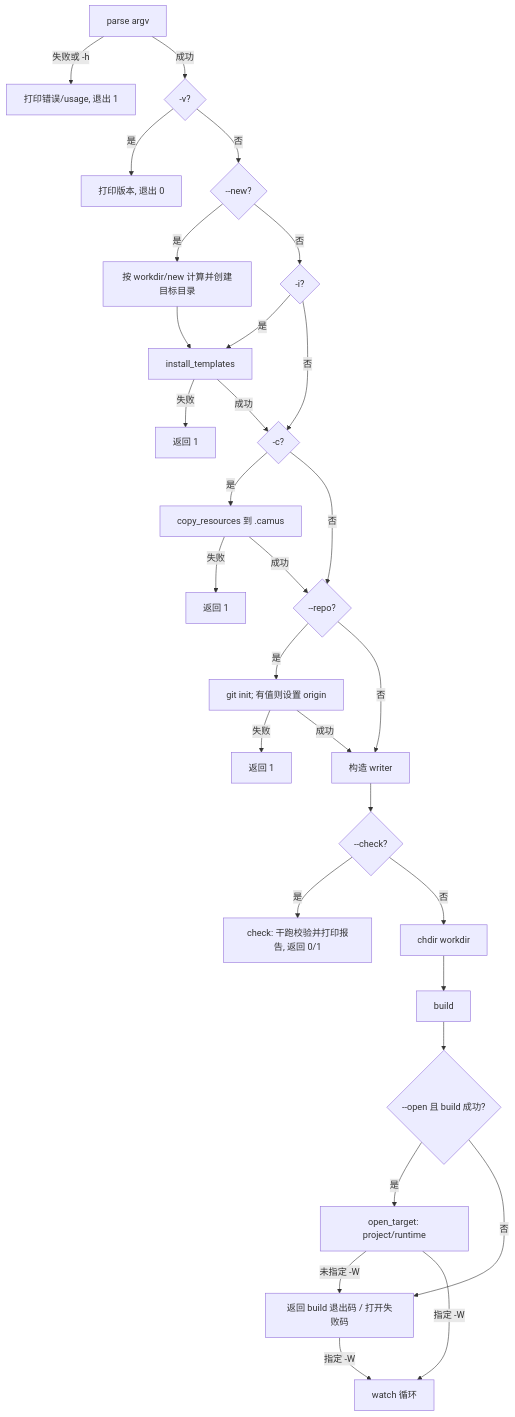
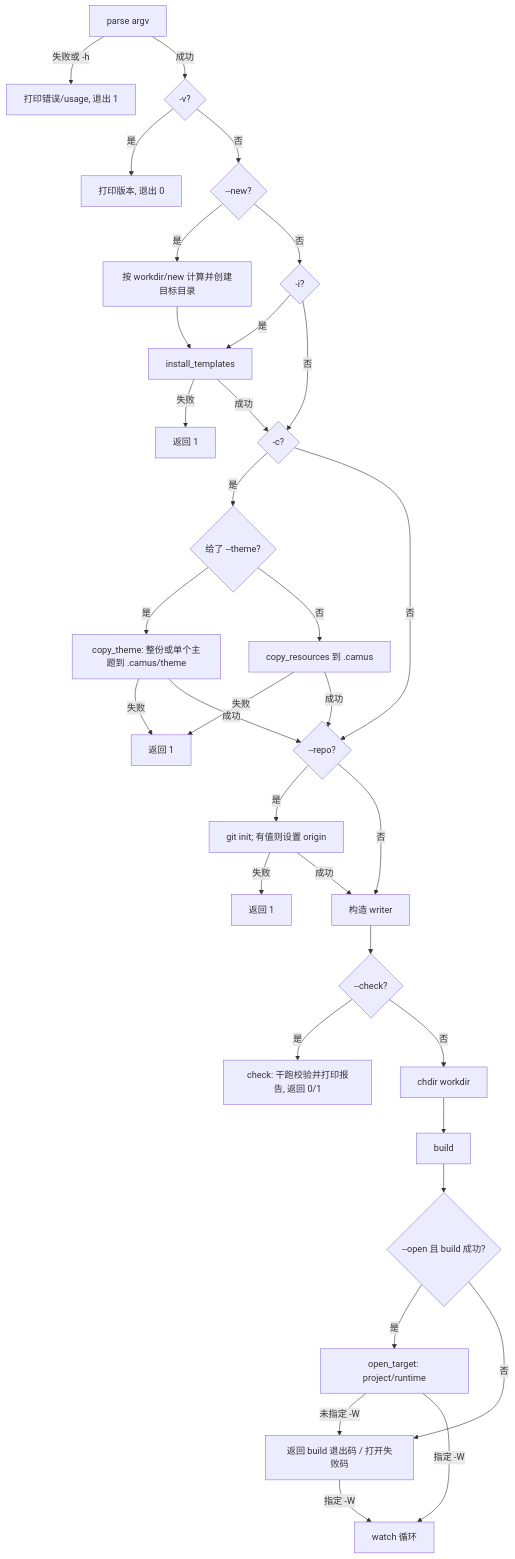
Before and after one commit to o8x/camus: the diagram in docs/prd/02-command-line.md, drawn with Mermaid. The commit also changed other lines of this file and 8 other files, not shown here.

Commit message:
feat: add --theme option to copy only theme resources

````diff
--- a/docs/prd/02-command-line.md
+++ b/docs/prd/02-command-line.md
@@ -48,32 +49,36 @@
 ```mermaid
 flowchart TD
     P[parse argv] -->|失败或 -h| H[打印错误/usage, 退出 1]
     P -->|成功| V{-v?}
     V -->|是| VO[打印版本, 退出 0]
     V -->|否| N{--new?}
     N -->|是| NW[按 workdir/new 计算并创建目标目录]
     N -->|否| I{-i?}
     NW --> INS[install_templates]
     I -->|是| INS
     I -->|否| CP{-c?}
     INS -->|失败| IF[返回 1]
     INS -->|成功| CP
-    CP -->|是| COPY[copy_resources 到 .camus]
-    COPY -->|失败| CF[返回 1]
-    COPY -->|成功| R{--repo?}
+    CP -->|是| TH{给了 --theme?}
+    TH -->|是| CT[copy_theme: 整份或单个主题到 .camus/theme]
+    TH -->|否| COPY[copy_resources 到 .camus]
+    CT -->|失败| CF[返回 1]
+    COPY -->|失败| CF
+    CT -->|成功| R{--repo?}
+    COPY -->|成功| R
     CP -->|否| R
     R -->|是| GIT[git init; 有值则设置 origin]
     GIT -->|失败| GF[返回 1]
     GIT -->|成功| C[构造 writer]
     R -->|否| C
     C --> Q{--check?}
     Q -->|是| CHK[check: 干跑校验并打印报告, 返回 0/1]
     Q -->|否| WD[chdir workdir]
     WD --> B[build]
     B --> O{--open 且 build 成功?}
     O -->|是| OP[open_target: project/runtime]
     O -->|否| RET
     OP -->|未指定 -W| RET[返回 build 退出码 / 打开失败码]
     OP -->|指定 -W| WA[watch 循环]
     RET -->|指定 -W| WA
 ```
````
